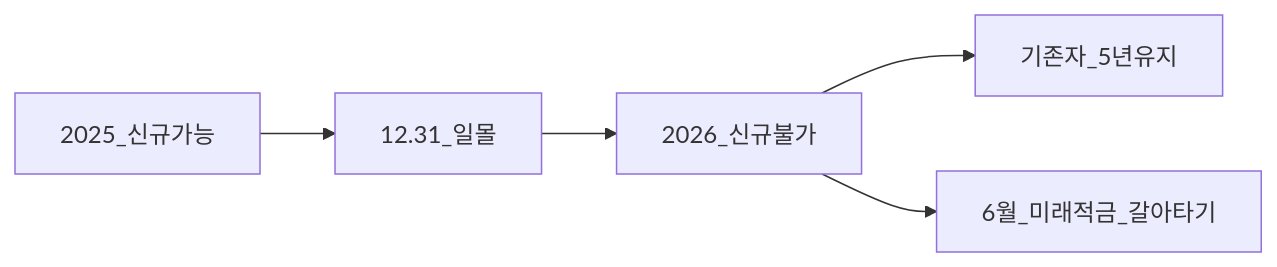
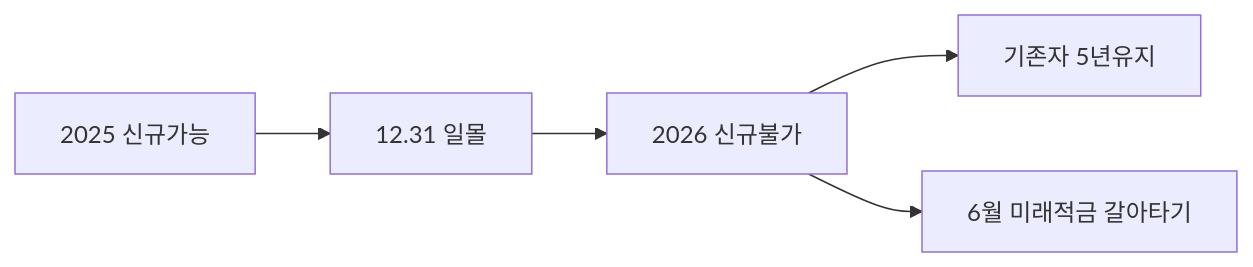
One commit to goldanghenry/Finances changed the second of 3 diagrams in 06-korea-policy/youth-leap-account.md. Above: the diagram before and after it, drawn with Mermaid. The commit also changed other lines of this file and 211 other files, not shown here.

````diff
--- a/06-korea-policy/youth-leap-account.md
+++ b/06-korea-policy/youth-leap-account.md
@@ -98,7 +107,7 @@
 ```mermaid
 flowchart LR
-  Y2025[2025_신규가능] --> End[12.31_일몰]
-  End --> Y2026[2026_신규불가]
-  Y2026 --> Exist[기존자_5년유지]
-  Y2026 --> Switch[6월_미래적금_갈아타기]
+  Y2025["2025 신규가능"] --> End["12.31 일몰"]
+  End --> Y2026["2026 신규불가"]
+  Y2026 --> Exist["기존자 5년유지"]
+  Y2026 --> Switch["6월 미래적금 갈아타기"]
 ```
````
